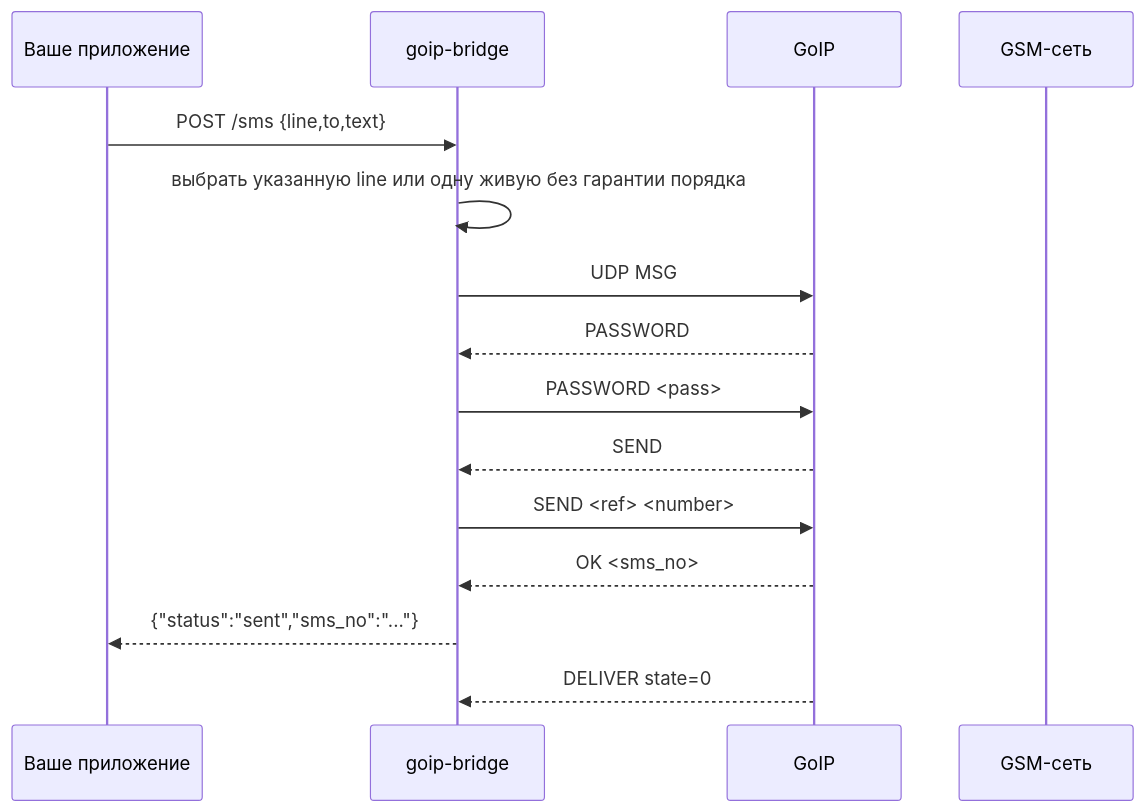
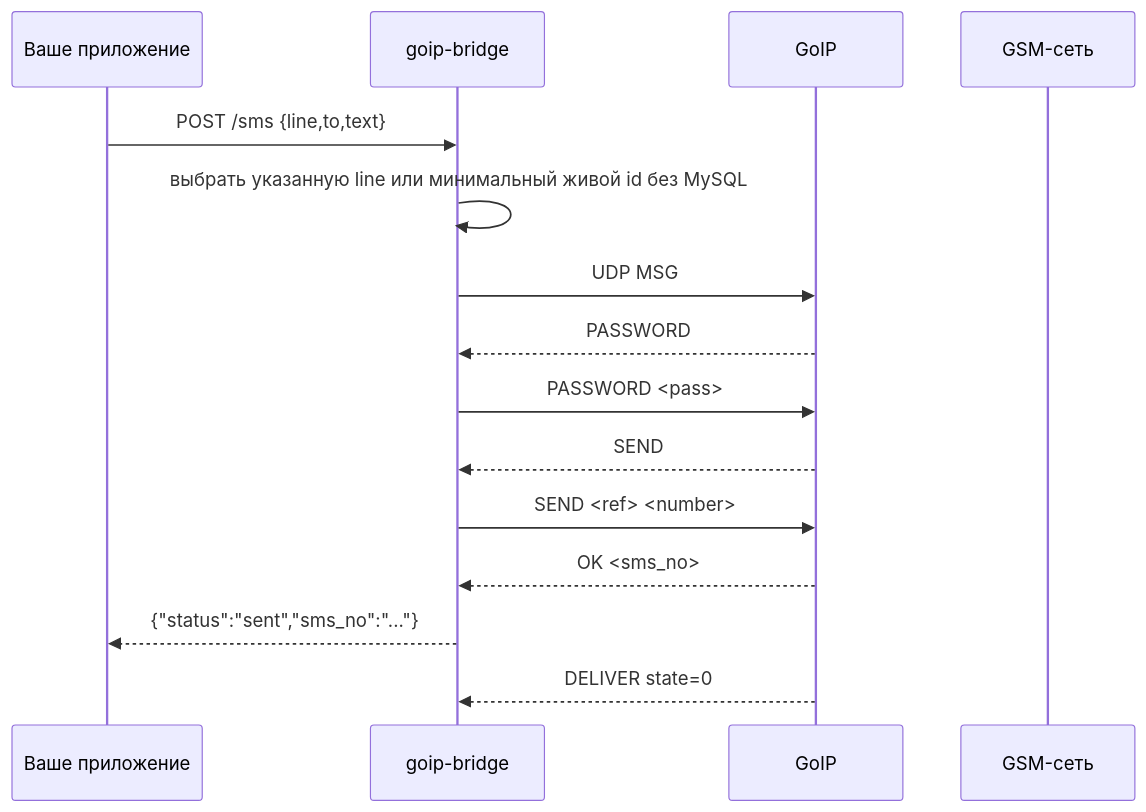
Before and after one commit to e-u-shapovalov/goip-bridge: the fourth of 9 diagrams in SCHEMES.md, drawn with Mermaid. The commit also changed other lines of this file and 19 other files, not shown here.

````diff
--- a/SCHEMES.md
+++ b/SCHEMES.md
@@ -120,18 +122,18 @@
 ```mermaid
 sequenceDiagram
     participant App as Ваше приложение
     participant Bridge as goip-bridge
     participant GoIP as GoIP
     participant GSM as GSM-сеть
 
     App->>Bridge: POST /sms {line,to,text}
-    Bridge->>Bridge: выбрать указанную line или одну живую без гарантии порядка
+    Bridge->>Bridge: выбрать указанную line или минимальный живой id без MySQL
     Bridge->>GoIP: UDP MSG
     GoIP-->>Bridge: PASSWORD
     Bridge->>GoIP: PASSWORD <pass>
     GoIP-->>Bridge: SEND
     Bridge->>GoIP: SEND <ref> <number>
     GoIP-->>Bridge: OK <sms_no>
     Bridge-->>App: {"status":"sent","sms_no":"..."}
     GoIP-->>Bridge: DELIVER state=0
 ```
````
